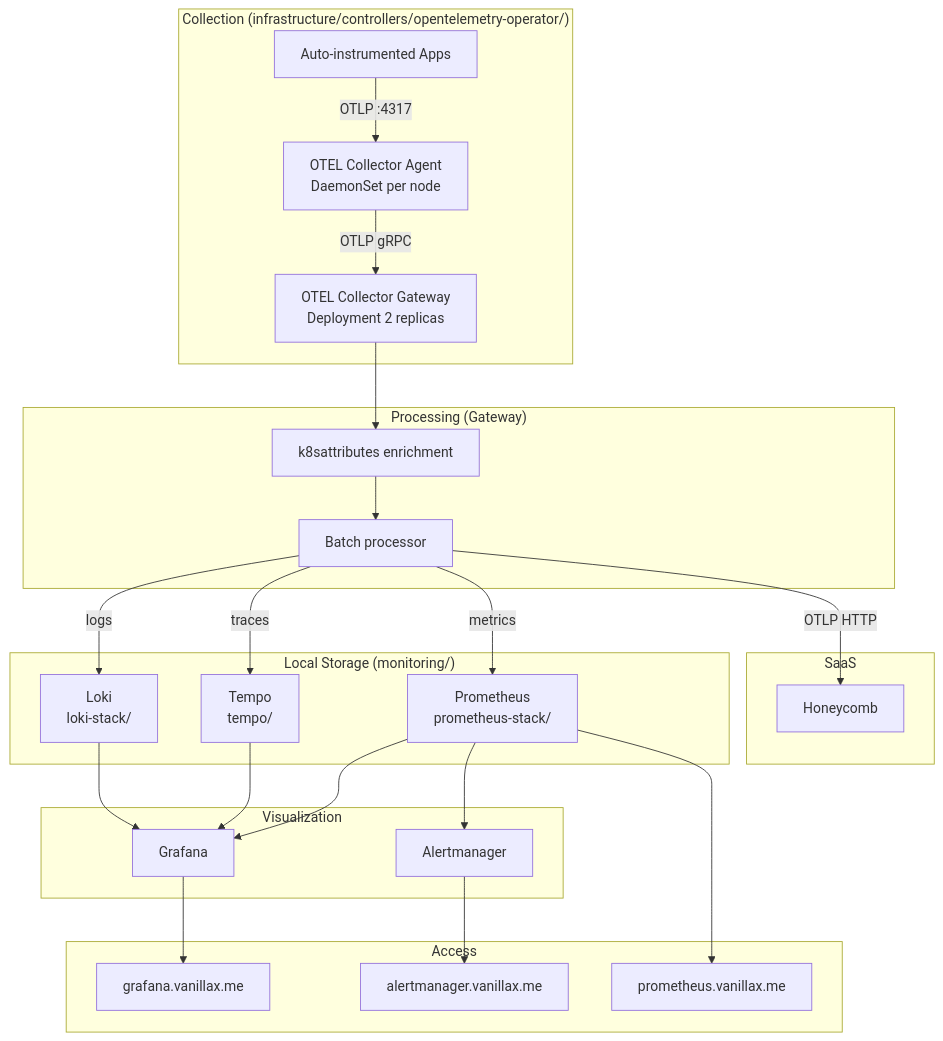
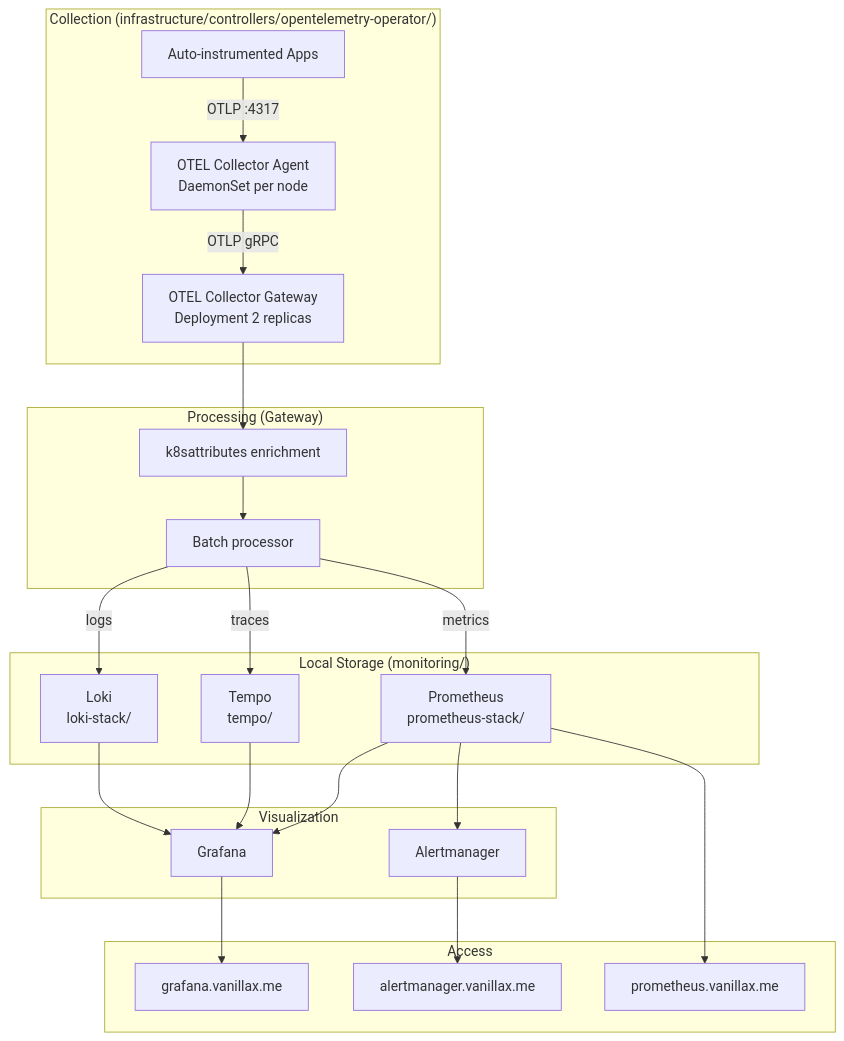
One commit to mitchross/talos-argocd-proxmox changed the diagram in monitoring/README.md. Above: the diagram before and after it, drawn with Mermaid. The commit also changed other lines of this file and 12 other files, not shown here.

````diff
--- a/monitoring/README.md
+++ b/monitoring/README.md
@@ -10,35 +9,31 @@
 ```mermaid
 graph TB
     subgraph "Collection (infrastructure/controllers/opentelemetry-operator/)"
         A[OTEL Collector Agent<br/>DaemonSet per node] -->|OTLP gRPC| B[OTEL Collector Gateway<br/>Deployment 2 replicas]
         C[Auto-instrumented Apps] -->|OTLP :4317| A
     end
 
     subgraph "Processing (Gateway)"
         B --> D[k8sattributes enrichment]
         D --> E[Batch processor]
     end
 
     subgraph "Local Storage (monitoring/)"
         E -->|logs| F[Loki<br/>loki-stack/]
         E -->|traces| G[Tempo<br/>tempo/]
         E -->|metrics| H[Prometheus<br/>prometheus-stack/]
     end
 
-    subgraph "SaaS"
-        E -->|OTLP HTTP| I[Honeycomb]
-    end
-
     subgraph "Visualization"
         F --> J[Grafana]
         G --> J
         H --> J
         H --> K[Alertmanager]
     end
 
     subgraph "Access"
         J --> L[grafana.vanillax.me]
         H --> M[prometheus.vanillax.me]
         K --> N[alertmanager.vanillax.me]
     end
 ```
````
